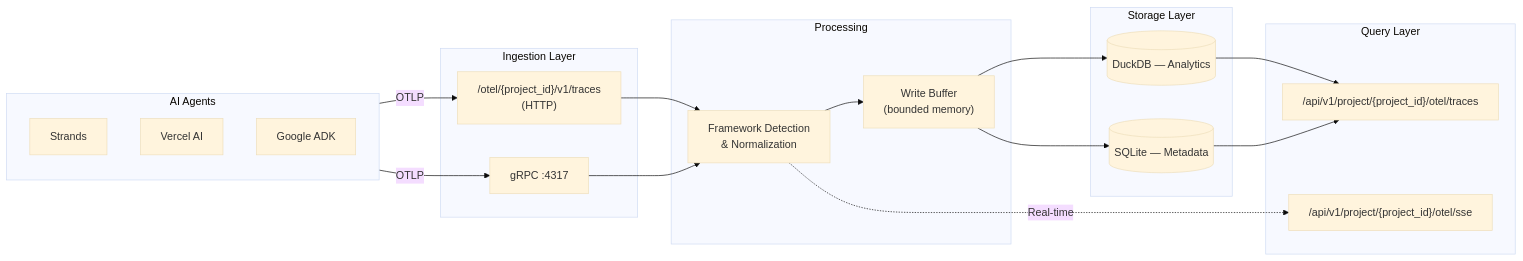
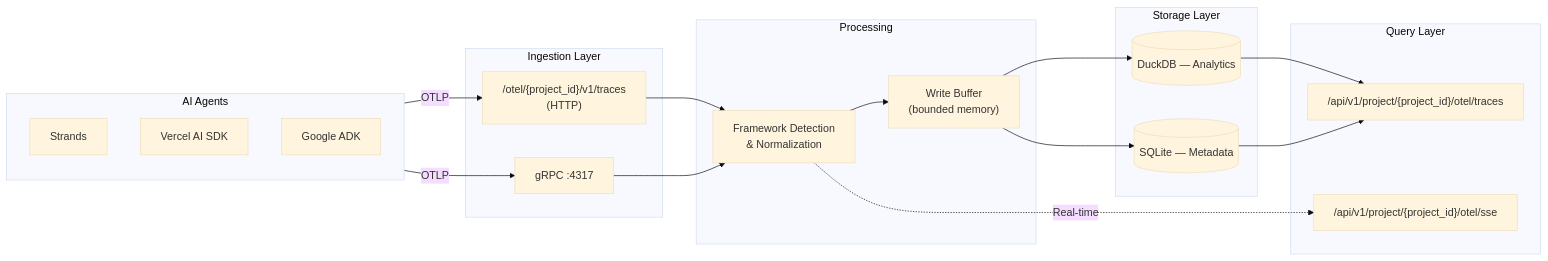
Before and after one commit to sideseat/sideseat: the diagram in docs/src/content/docs/docs/reference/otel.md, drawn with Mermaid (base theme). The commit also changed other lines of this file and 164 other files, not shown here.

````diff
--- a/docs/src/content/docs/docs/reference/otel.md
+++ b/docs/src/content/docs/docs/reference/otel.md
@@ -10,39 +10,39 @@
 ```mermaid
 flowchart LR
     subgraph Agents["AI Agents"]
         A1[Strands]
-        A2[Vercel AI]
+        A2[Vercel AI SDK]
         A3[Google ADK]
     end
 
     subgraph Ingest["Ingestion Layer"]
         HTTP["/otel/{project_id}/v1/traces<br/>(HTTP)"]
         GRPC["gRPC :4317"]
     end
 
     subgraph Processing["Processing"]
         Normalize["Framework Detection<br/>& Normalization"]
         Buffer["Write Buffer<br/>(bounded memory)"]
     end
 
     subgraph Storage["Storage Layer"]
         DuckDB[(DuckDB — Analytics)]
         SQLite[(SQLite — Metadata)]
     end
 
     subgraph Query["Query Layer"]
         API["/api/v1/project/{project_id}/otel/traces"]
         SSE["/api/v1/project/{project_id}/otel/sse"]
     end
 
     Agents -->|OTLP| HTTP
     Agents -->|OTLP| GRPC
     HTTP --> Normalize
     GRPC --> Normalize
     Normalize -.->|Real-time| SSE
     Normalize --> Buffer
     Buffer --> DuckDB
     Buffer --> SQLite
     DuckDB --> API
     SQLite --> API
 ```
````
